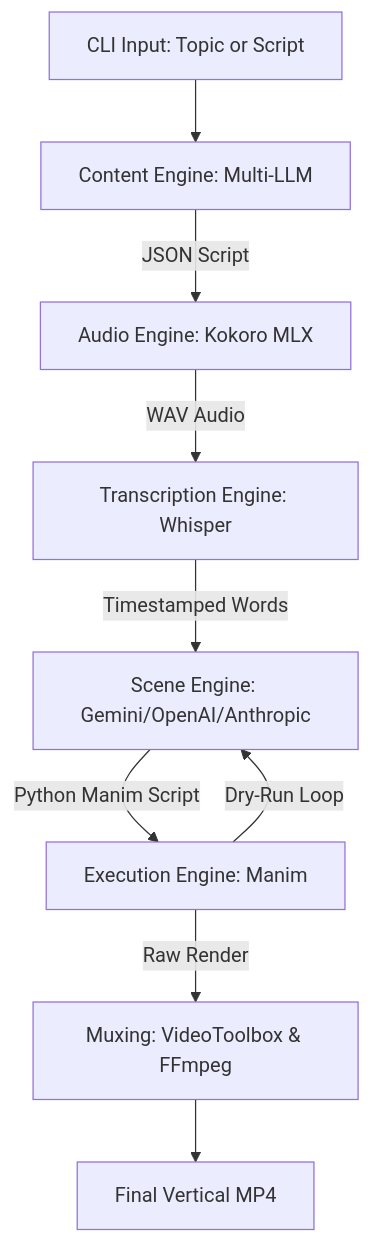
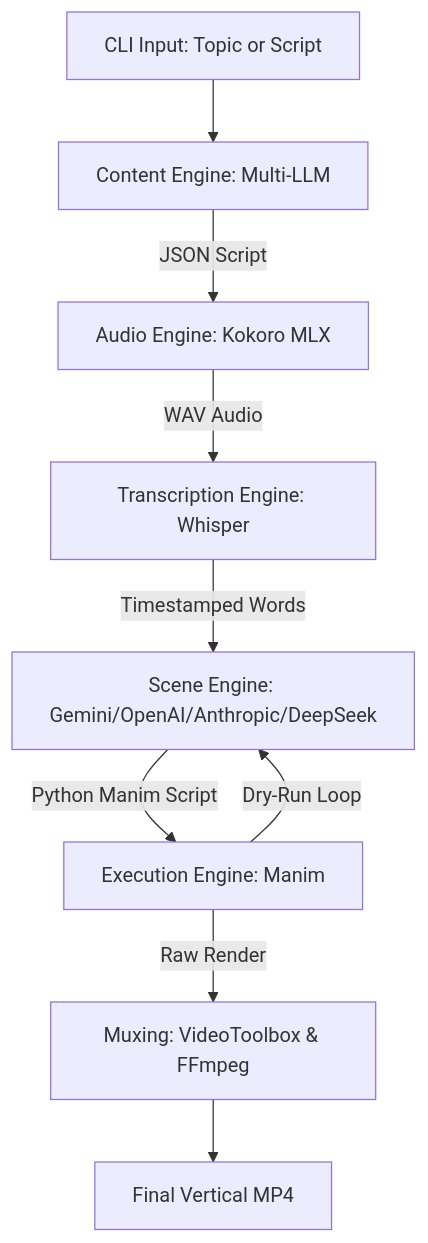
Before and after one commit to aman-senpai/auto-video: the first of 2 diagrams in README.md, drawn with Mermaid. The commit also changed other lines of this file and 1 other file, not shown here.

First line of the commit message:
docs: update README and CLI help for DeepSeek provider support

````diff
--- a/README.md
+++ b/README.md
@@ -9,11 +11,11 @@
 ```mermaid
 graph TD
     A[CLI Input: Topic or Script] --> B[Content Engine: Multi-LLM]
     B --> |JSON Script| C[Audio Engine: Kokoro MLX]
     C --> |WAV Audio| D[Transcription Engine: Whisper]
-    D --> |Timestamped Words| E[Scene Engine: Gemini/OpenAI/Anthropic]
+    D --> |Timestamped Words| E[Scene Engine: Gemini/OpenAI/Anthropic/DeepSeek]
     E --> |Python Manim Script| F[Execution Engine: Manim]
     F --> |Dry-Run Loop| E
     F --> |Raw Render| G[Muxing: VideoToolbox & FFmpeg]
     G --> H[Final Vertical MP4]
 ```
````
